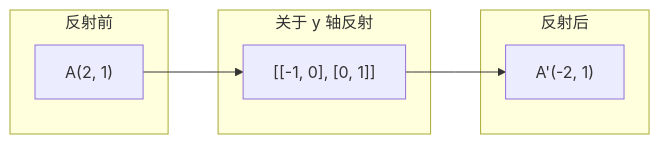
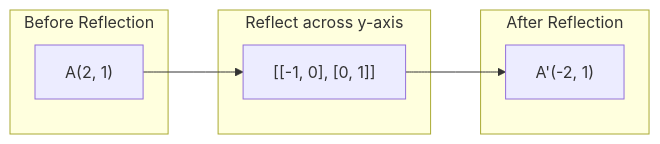
Before and after one commit to omigaZen/ai-engineering-from-scratch: the fifth of 7 diagrams in phases/01-math-foundations/03-matrix-transformations/docs/zh.md, drawn with Mermaid. The commit also changed other lines of this file and 32 other files, not shown here.

````diff
--- a/phases/01-math-foundations/03-matrix-transformations/docs/zh.md
+++ b/phases/01-math-foundations/03-matrix-transformations/docs/zh.md
@@ -133,13 +133,13 @@
 ```mermaid
 graph LR
-    subgraph Before["反射前"]
+    subgraph Before["Before Reflection"]
         A["A(2, 1)"]
     end
-    subgraph Reflect["关于 y 轴反射"]
+    subgraph Reflect["Reflect across y-axis"]
         R["[[-1, 0], [0, 1]]"]
     end
-    subgraph After["反射后"]
+    subgraph After["After Reflection"]
         Ap["A'(-2, 1)"]
     end
     A --> R --> Ap
 ```
````
